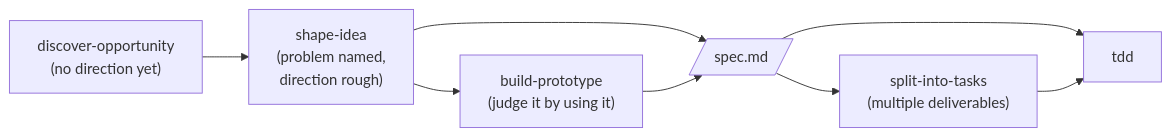
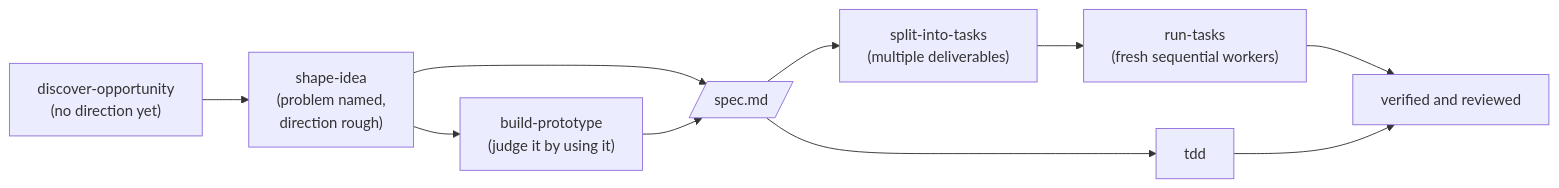
One commit to toy-crane/skills changed the diagram in README.md. Above: the diagram before and after it, drawn with Mermaid. The commit also changed other lines of this file and 13 other files, not shown here.

````diff
--- a/README.md
+++ b/README.md
@@ -46,10 +46,12 @@
 ```mermaid
 flowchart LR
     DO["discover-opportunity<br/>(no direction yet)"] --> SI["shape-idea<br/>(problem named,<br/>direction rough)"]
     SI --> BP["build-prototype<br/>(judge it by using it)"]
     SI --> SPEC[/spec.md/]
     BP --> SPEC
     SPEC --> ST["split-into-tasks<br/>(multiple deliverables)"]
+    ST --> RT["run-tasks<br/>(fresh sequential workers)"]
+    RT --> DONE["verified and reviewed"]
     SPEC --> TDD[tdd]
-    ST --> TDD
+    TDD --> DONE
 ```
````
